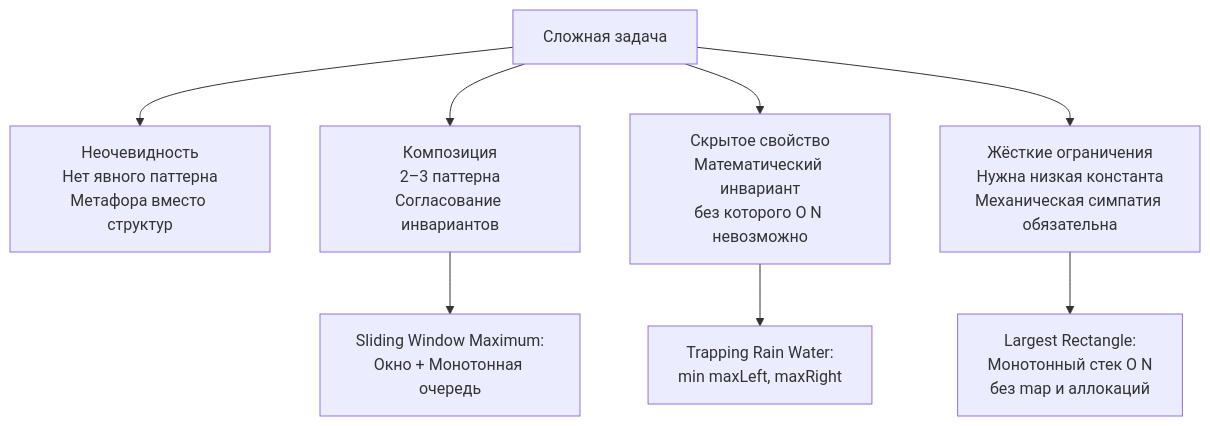
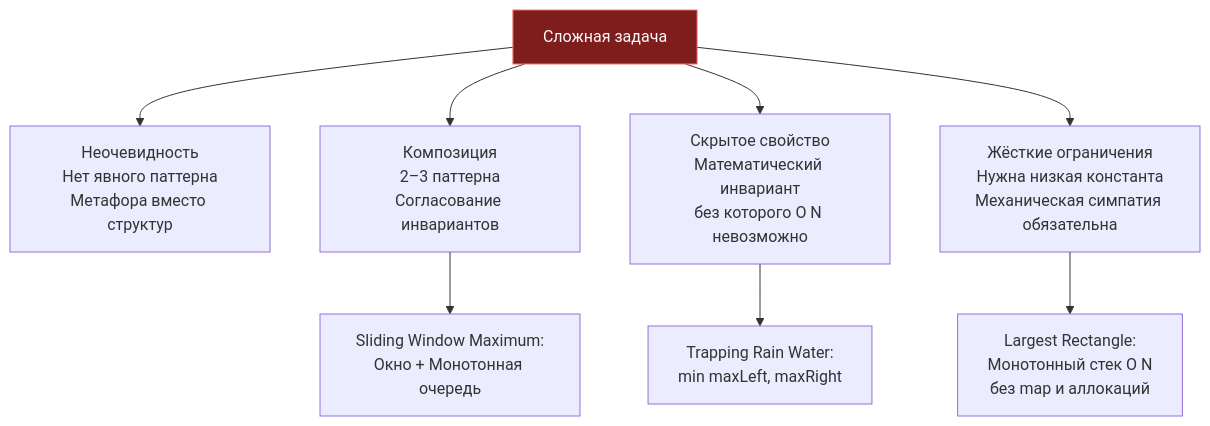
Before and after one commit to UnrealTemplier/go-textbook: the first of 2 diagrams in sources/21. Задачи с LeetCode и собеседований на Go/02. Задачи/29. Сложные задачи/1. Теория. Подход к сложным задачам.md, drawn with Mermaid. The commit also changed other lines of this file and 1666 other files, not shown here.

First line of the commit message:
feat(mermaid): add semantic color classDef to 1369 colorless flowchart/graph diagrams

````diff
--- a/sources/21. Задачи с LeetCode и собеседований на Go/02. Задачи/29. Сложные задачи/1. Теория. Подход к сложным задачам.md
+++ b/sources/21. Задачи с LeetCode и собеседований на Go/02. Задачи/29. Сложные задачи/1. Теория. Подход к сложным задачам.md
@@ -24,11 +24,21 @@
 ```mermaid
 flowchart TD
-    Hard["Сложная задача"] --> Dim1["Неочевидность<br>Нет явного паттерна<br>Метафора вместо структур"]
+    classDef process  fill:#1e293b,stroke:#38bdf8,stroke-width:1px,color:#f8fafc
+    classDef success  fill:#064e3b,stroke:#34d399,stroke-width:1px,color:#f8fafc
+    classDef error    fill:#7f1d1d,stroke:#f87171,stroke-width:1px,color:#f8fafc
+    classDef warning  fill:#78350f,stroke:#fbbf24,stroke-width:1px,color:#f8fafc
+    classDef entry    fill:#1e3a5f,stroke:#38bdf8,stroke-width:2px,color:#f8fafc
+    classDef aux      fill:#334155,stroke:#64748b,stroke-width:1px,color:#f8fafc
+    classDef system   fill:#312e81,stroke:#a78bfa,stroke-width:1px,color:#f8fafc
+    classDef data     fill:#132d29,stroke:#2dd4bf,stroke-width:1px,color:#f8fafc
+    classDef network  fill:#881337,stroke:#fb7185,stroke-width:1px,color:#f8fafc
+    classDef accent   fill:#1e1b4b,stroke:#818cf8,stroke-width:1px,color:#f8fafc
+    Hard["Сложная задача"]:::error --> Dim1["Неочевидность<br>Нет явного паттерна<br>Метафора вместо структур"]
     Hard --> Dim2["Композиция<br>2–3 паттерна<br>Согласование инвариантов"]
     Hard --> Dim3["Скрытое свойство<br>Математический инвариант<br>без которого O N невозможно"]
     Hard --> Dim4["Жёсткие ограничения<br>Нужна низкая константа<br>Механическая симпатия обязательна"]
     
     Dim2 --> Example2["Sliding Window Maximum:<br>Окно + Монотонная очередь"]
     Dim3 --> Example3["Trapping Rain Water:<br>min maxLeft, maxRight"]
     Dim4 --> Example4["Largest Rectangle:<br>Монотонный стек O N<br>без map и аллокаций"]
 ```
````
